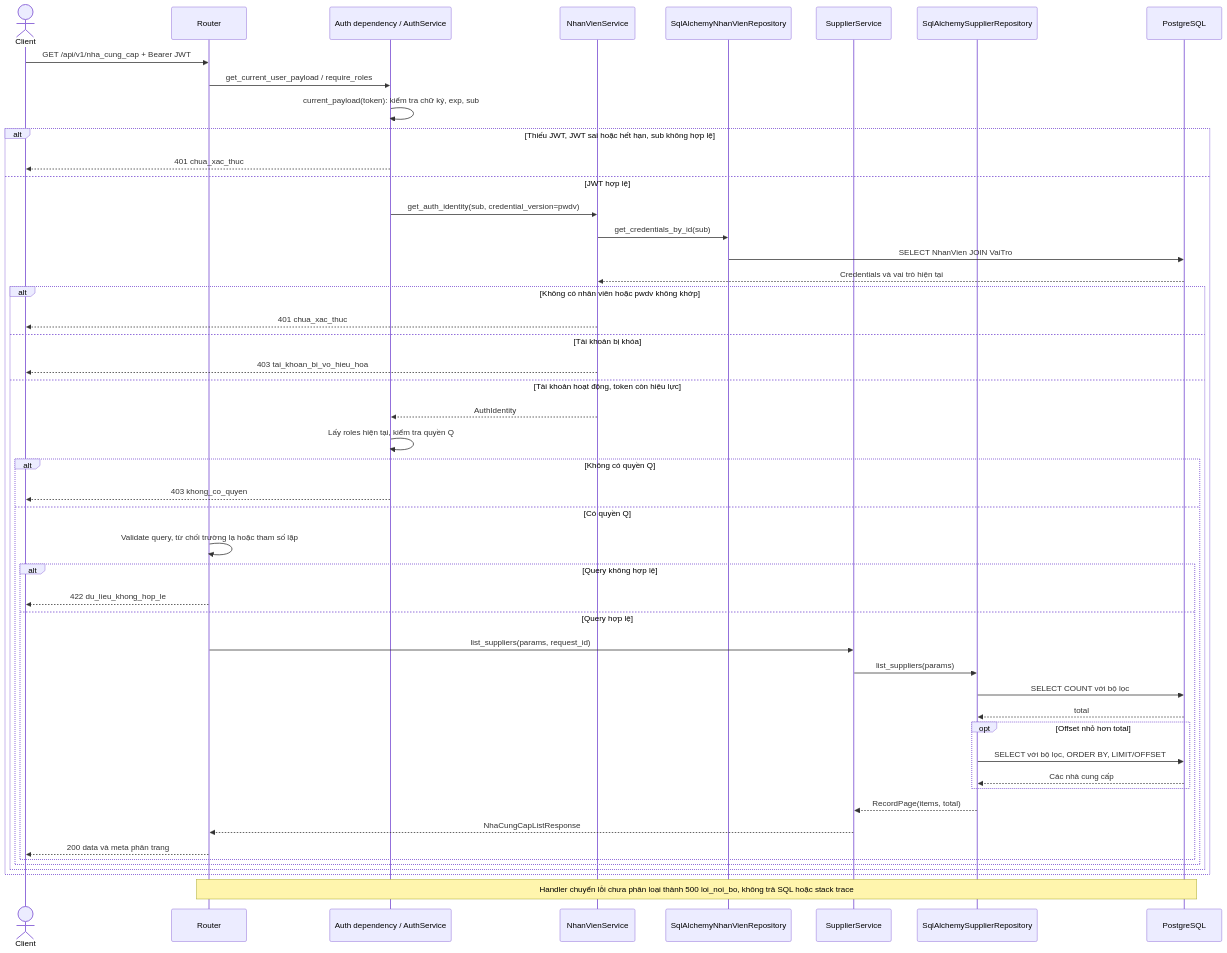
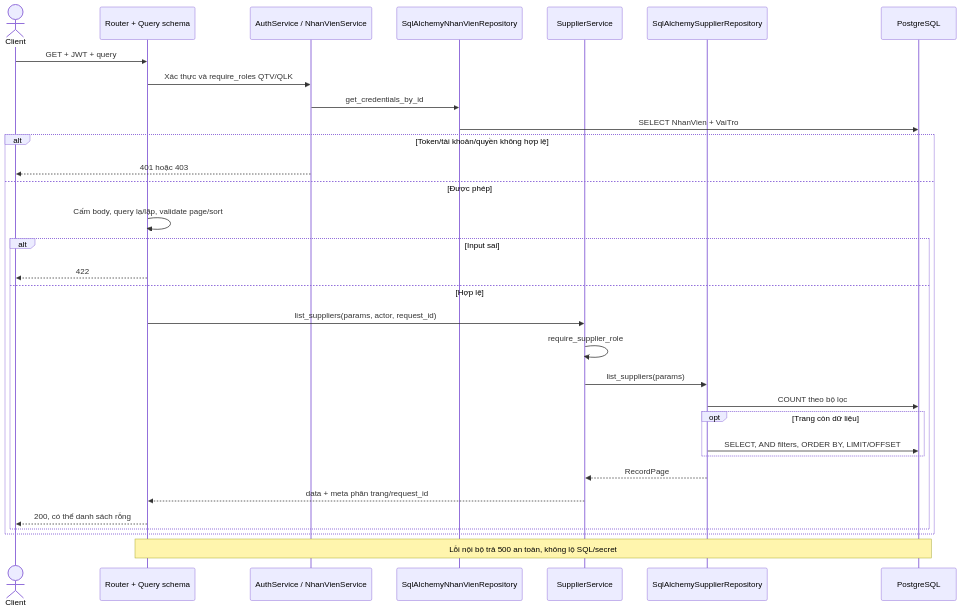
One commit to thanhklt/xbike-mrp-system changed the first of 4 diagrams in docs/sequence/nha_cung_cap.md. Above: the diagram before and after it, drawn with Mermaid. The commit also changed other lines of this file and 49 other files, not shown here.

````diff
--- a/docs/sequence/nha_cung_cap.md
+++ b/docs/sequence/nha_cung_cap.md
@@ -16,51 +21,34 @@
 ```mermaid
 sequenceDiagram
-    actor Client
-    participant Router
-    participant Auth as Auth dependency / AuthService
-    participant Employees as NhanVienService
-    participant EmployeeRepo as SqlAlchemyNhanVienRepository
-    participant Service as SupplierService
-    participant Repo as SqlAlchemySupplierRepository
+    actor C as Client
+    participant R as Router + Query schema
+    participant A as AuthService / NhanVienService
+    participant N as SqlAlchemyNhanVienRepository
+    participant S as SupplierService
+    participant P as SqlAlchemySupplierRepository
     participant DB as PostgreSQL
-    Client->>Router: GET /api/v1/nha_cung_cap + Bearer JWT
-    Router->>Auth: get_current_user_payload / require_roles
-    Auth->>Auth: current_payload(token): kiểm tra chữ ký, exp, sub
-    alt Thiếu JWT, JWT sai hoặc hết hạn, sub không hợp lệ
-        Auth-->>Client: 401 chua_xac_thuc
-    else JWT hợp lệ
-        Auth->>Employees: get_auth_identity(sub, credential_version=pwdv)
-        Employees->>EmployeeRepo: get_credentials_by_id(sub)
-        EmployeeRepo->>DB: SELECT NhanVien JOIN VaiTro
-        DB-->>Employees: Credentials và vai trò hiện tại
-        alt Không có nhân viên hoặc pwdv không khớp
-            Employees-->>Client: 401 chua_xac_thuc
-        else Tài khoản bị khóa
-            Employees-->>Client: 403 tai_khoan_bi_vo_hieu_hoa
-        else Tài khoản hoạt động, token còn hiệu lực
-            Employees-->>Auth: AuthIdentity
-            Auth->>Auth: Lấy roles hiện tại, kiểm tra quyền Q
-            alt Không có quyền Q
-                Auth-->>Client: 403 khong_co_quyen
-            else Có quyền Q
-                Router->>Router: Validate query, từ chối trường lạ hoặc tham số lặp
-                alt Query không hợp lệ
-                    Router-->>Client: 422 du_lieu_khong_hop_le
-                else Query hợp lệ
-                    Router->>Service: list_suppliers(params, request_id)
-                    Service->>Repo: list_suppliers(params)
-                    Repo->>DB: SELECT COUNT với bộ lọc
-                    DB-->>Repo: total
-                    opt Offset nhỏ hơn total
-                        Repo->>DB: SELECT với bộ lọc, ORDER BY, LIMIT/OFFSET
-                        DB-->>Repo: Các nhà cung cấp
-                    end
-                    Repo-->>Service: RecordPage(items, total)
-                    Service-->>Router: NhaCungCapListResponse
-                    Router-->>Client: 200 data và meta phân trang
-                end
+    C->>R: GET + JWT + query
+    R->>A: Xác thực và require_roles QTV/QLK
+    A->>N: get_credentials_by_id
+    N->>DB: SELECT NhanVien + VaiTro
+    alt Token/tài khoản/quyền không hợp lệ
+        A-->>C: 401 hoặc 403
+    else Được phép
+        R->>R: Cấm body, query lạ/lặp, validate page/sort
+        alt Input sai
+            R-->>C: 422
+        else Hợp lệ
+            R->>S: list_suppliers(params, actor, request_id)
+            S->>S: require_supplier_role
+            S->>P: list_suppliers(params)
+            P->>DB: COUNT theo bộ lọc
+            opt Trang còn dữ liệu
+                P->>DB: SELECT, AND filters, ORDER BY, LIMIT/OFFSET
             end
+            P-->>S: RecordPage
+            S-->>R: data + meta phân trang/request_id
+            R-->>C: 200, có thể danh sách rỗng
         end
     end
-    Note over Router,DB: Handler chuyển lỗi chưa phân loại thành 500 loi_noi_bo, không trả SQL hoặc stack trace
+    Note over R,DB: Lỗi nội bộ trả 500 an toàn, không lộ SQL/secret
 ```
````
